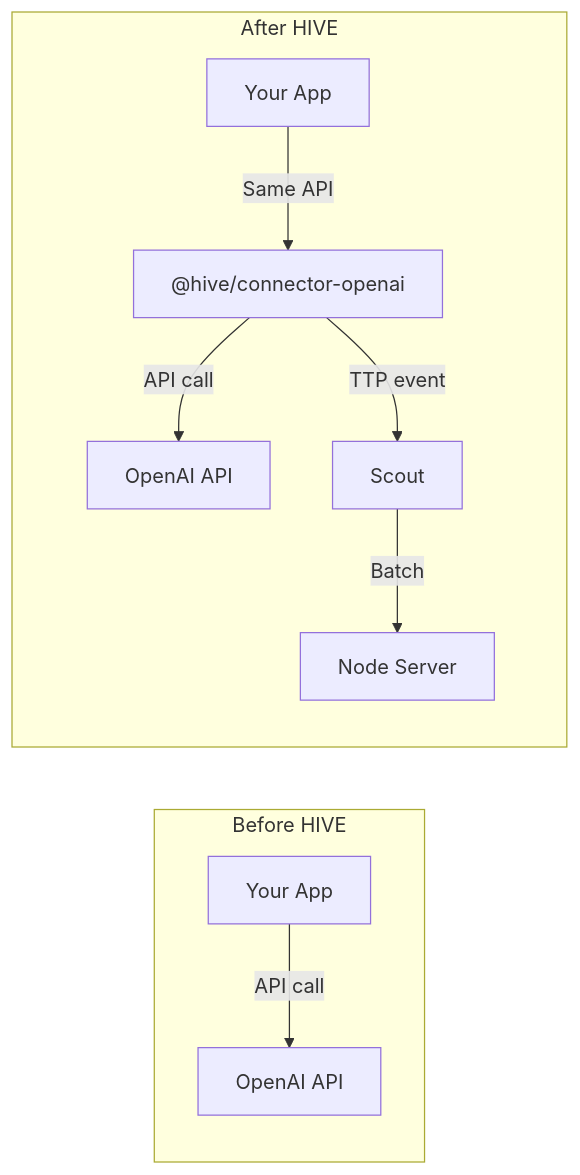
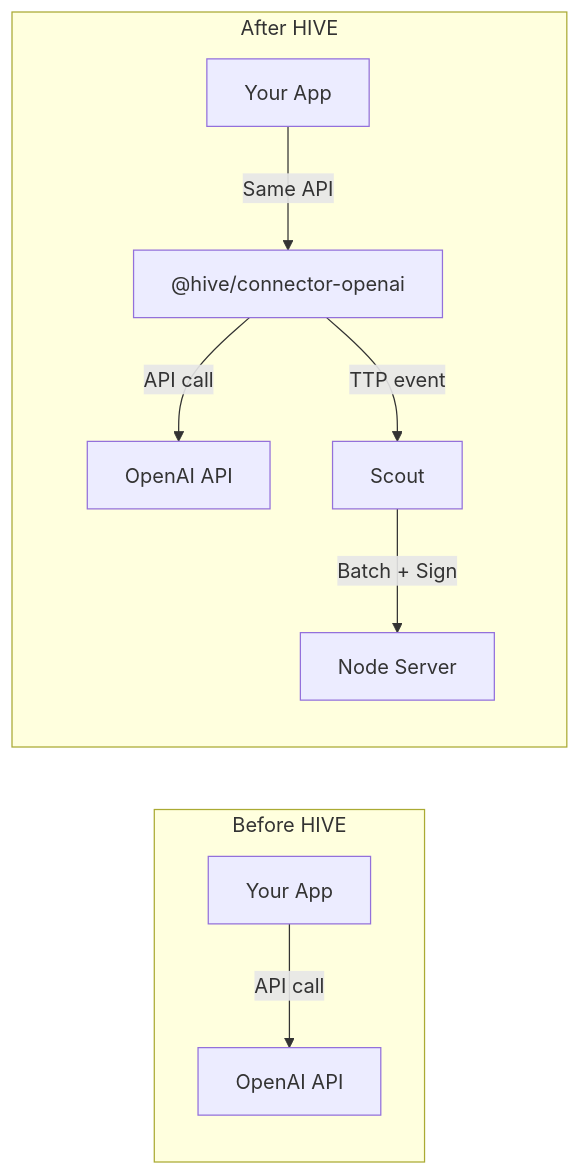
One commit to vishalm/hivehq changed the sixth of 11 diagrams in QUICKSTART.md. Above: the diagram before and after it, drawn with Mermaid. The commit also changed other lines of this file and 1 other file, not shown here.

````diff
--- a/QUICKSTART.md
+++ b/QUICKSTART.md
@@ -516,13 +678,13 @@
 ```mermaid
 graph LR
     subgraph Before ["Before HIVE"]
         A1["Your App"] -->|"API call"| P1["OpenAI API"]
     end
 
     subgraph After ["After HIVE"]
         A2["Your App"] -->|"Same API"| C["@hive/connector-openai"]
         C -->|"API call"| P2["OpenAI API"]
         C -->|"TTP event"| S["Scout"]
-        S -->|"Batch"| N["Node Server"]
+        S -->|"Batch + Sign"| N["Node Server"]
     end
 ```
````
